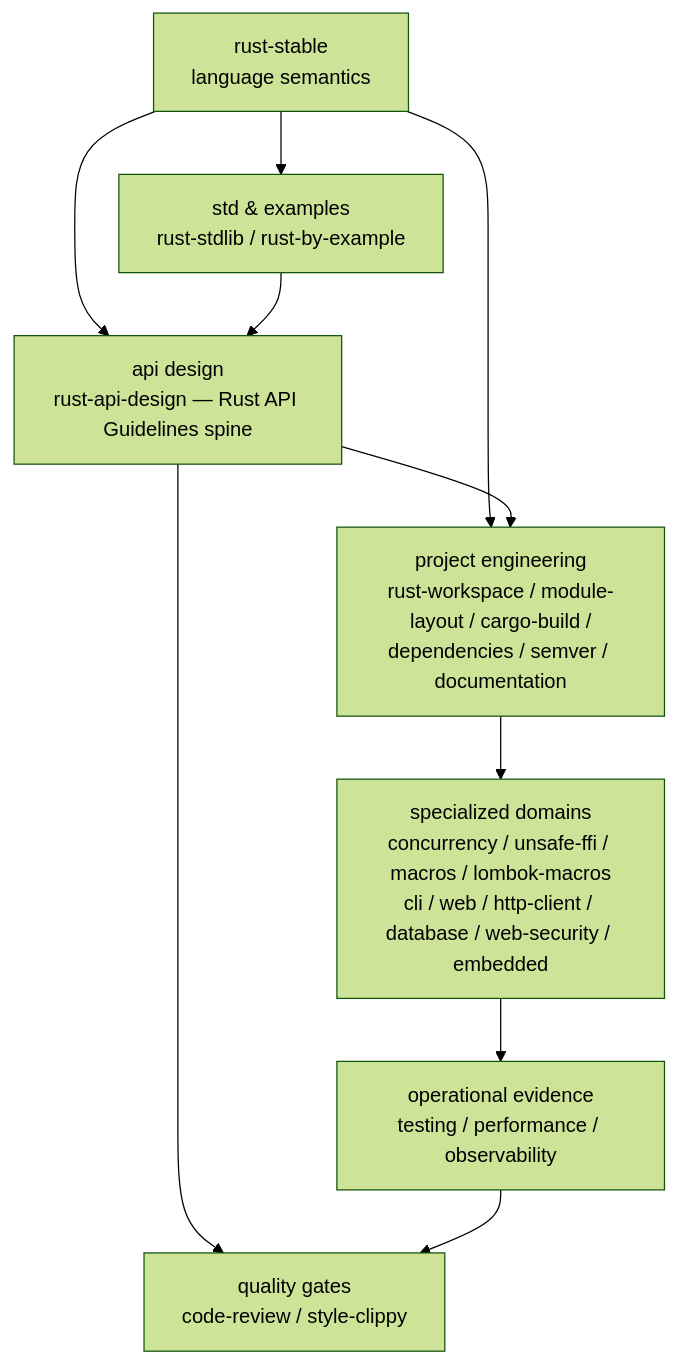
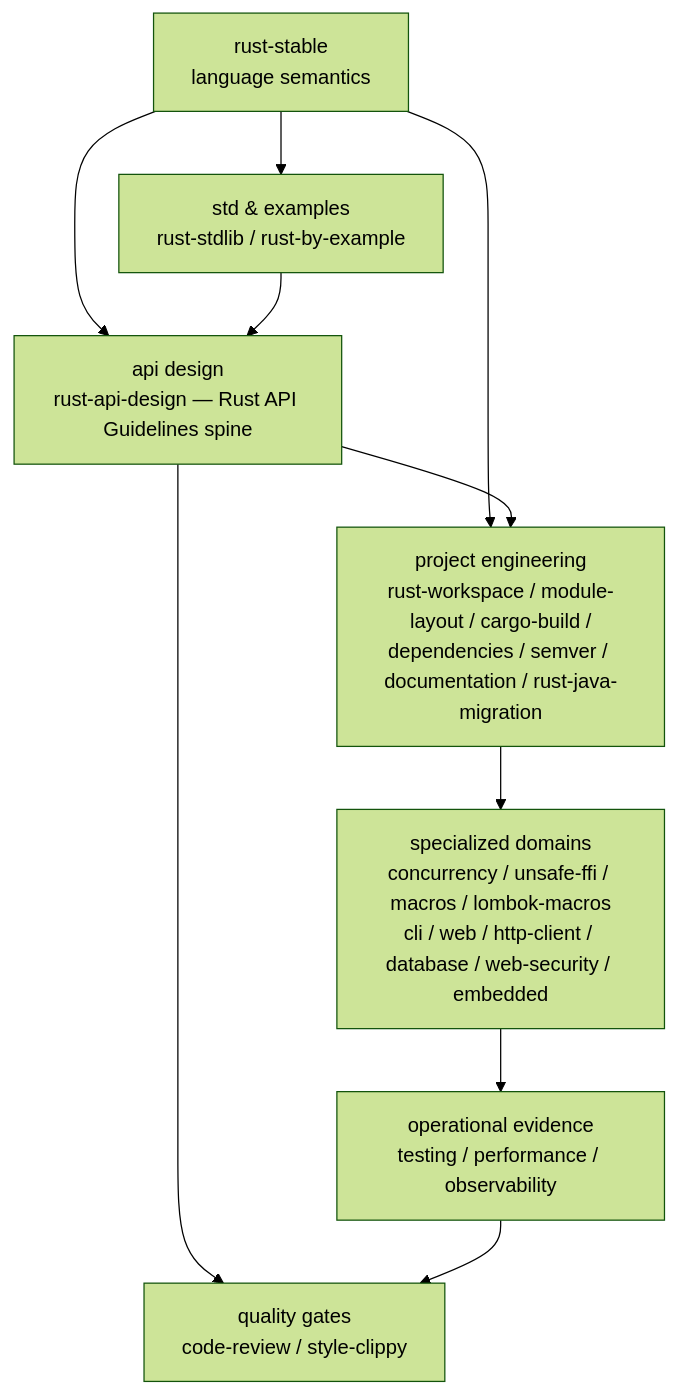
Before and after one commit to full-stack-skills/rust-skills: the diagram in README.md, drawn with Mermaid (forest theme). The commit also changed other lines of this file and 43 other files, not shown here.

Commit message:
feat(rust): 新增 Java 迁移技能并完善 Cargo 指引

````diff
--- a/README.md
+++ b/README.md
@@ -55,20 +55,20 @@
 ```mermaid
 flowchart TB
     S["rust-stable<br/>language semantics"]
     L["std & examples<br/>rust-stdlib / rust-by-example"]
     A["api design<br/>rust-api-design — Rust API Guidelines spine"]
-    P["project engineering<br/>rust-workspace / module-layout / cargo-build /<br/>dependencies / semver / documentation"]
+    P["project engineering<br/>rust-workspace / module-layout / cargo-build /<br/>dependencies / semver / documentation / rust-java-migration"]
     D["specialized domains<br/>concurrency / unsafe-ffi / macros / lombok-macros<br/>cli / web / http-client / database / web-security / embedded"]
     O["operational evidence<br/>testing / performance / observability"]
     Q["quality gates<br/>code-review / style-clippy"]
 
     S --> L
     S --> A
     L --> A
     S --> P
     A --> P
     A --> Q
     P --> D
     D --> O
     O --> Q
 ```
````
